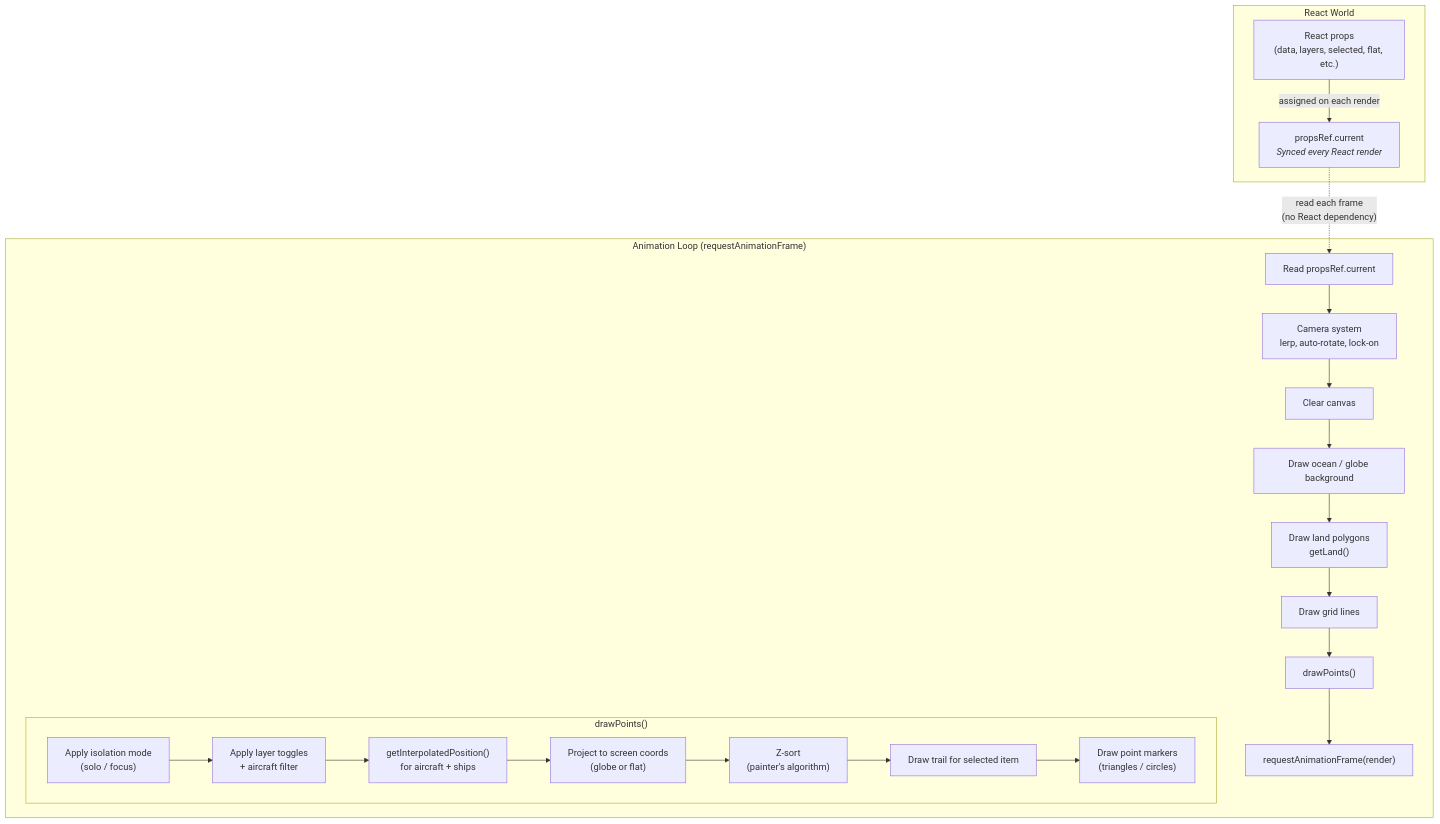
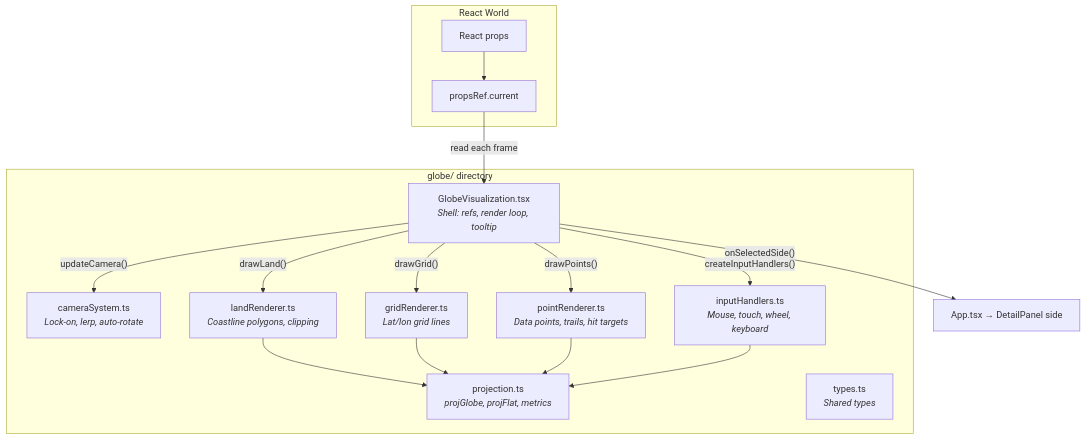
Before and after one commit to iiTONELOC/sigint: the seventh of 14 diagrams in docs/architecture.md, drawn with Mermaid. The commit also changed other lines of this file and 39 other files, not shown here.

````diff
--- a/docs/architecture.md
+++ b/docs/architecture.md
@@ -353,33 +372,29 @@
 ```mermaid
 flowchart TD
-    subgraph "React World"
-        Props["React props<br/>(data, layers, selected, flat, etc.)"]
-        PropsRef["propsRef.current<br/><i>Synced every React render</i>"]
-        Props -->|"assigned on each render"| PropsRef
+    subgraph "globe/ directory"
+        Shell["GlobeVisualization.tsx<br/><i>Shell: refs, render loop, tooltip</i>"]
+        Camera["cameraSystem.ts<br/><i>Lock-on, lerp, auto-rotate</i>"]
+        Input["inputHandlers.ts<br/><i>Mouse, touch, wheel, keyboard</i>"]
+        Points["pointRenderer.ts<br/><i>Data points, trails, hit targets</i>"]
+        Land["landRenderer.ts<br/><i>Coastline polygons, clipping</i>"]
+        Grid["gridRenderer.ts<br/><i>Lat/lon grid lines</i>"]
+        Proj["projection.ts<br/><i>projGlobe, projFlat, metrics</i>"]
+        Types["types.ts<br/><i>Shared types</i>"]
     end
 
-    subgraph "Animation Loop (requestAnimationFrame)"
-        Read["Read propsRef.current"] --> Camera["Camera system<br/>lerp, auto-rotate, lock-on"]
-        Camera --> Clear["Clear canvas"]
-        Clear --> BG["Draw ocean / globe background"]
-        BG --> Land["Draw land polygons<br/>getLand()"]
-        Land --> Grid["Draw grid lines"]
-        Grid --> DP["drawPoints()"]
-
-        subgraph "drawPoints()"
-            Isolate["Apply isolation mode<br/>(solo / focus)"]
-            Filter["Apply layer toggles<br/>+ aircraft filter"]
-            Interp["getInterpolatedPosition()<br/>for aircraft + ships"]
-            Project["Project to screen coords<br/>(globe or flat)"]
-            ZSort["Z-sort<br/>(painter's algorithm)"]
-            Trail["Draw trail for selected item"]
-            Markers["Draw point markers<br/>(triangles / circles)"]
-
-            Isolate --> Filter --> Interp --> Project --> ZSort --> Trail --> Markers
-        end
-
-        DP --> RAF["requestAnimationFrame(render)"]
+    subgraph "React World"
+        Props["React props"] --> PropsRef["propsRef.current"]
     end
 
-    PropsRef -.->|"read each frame<br/>(no React dependency)"| Read
+    PropsRef -->|"read each frame"| Shell
+    Shell -->|"updateCamera()"| Camera
+    Shell -->|"drawLand()"| Land
+    Shell -->|"drawGrid()"| Grid
+    Shell -->|"drawPoints()"| Points
+    Shell -->|"createInputHandlers()"| Input
+    Shell -->|"onSelectedSide()"| App["App.tsx → DetailPanel side"]
+    Land --> Proj
+    Grid --> Proj
+    Points --> Proj
+    Input --> Proj
 ```
````
